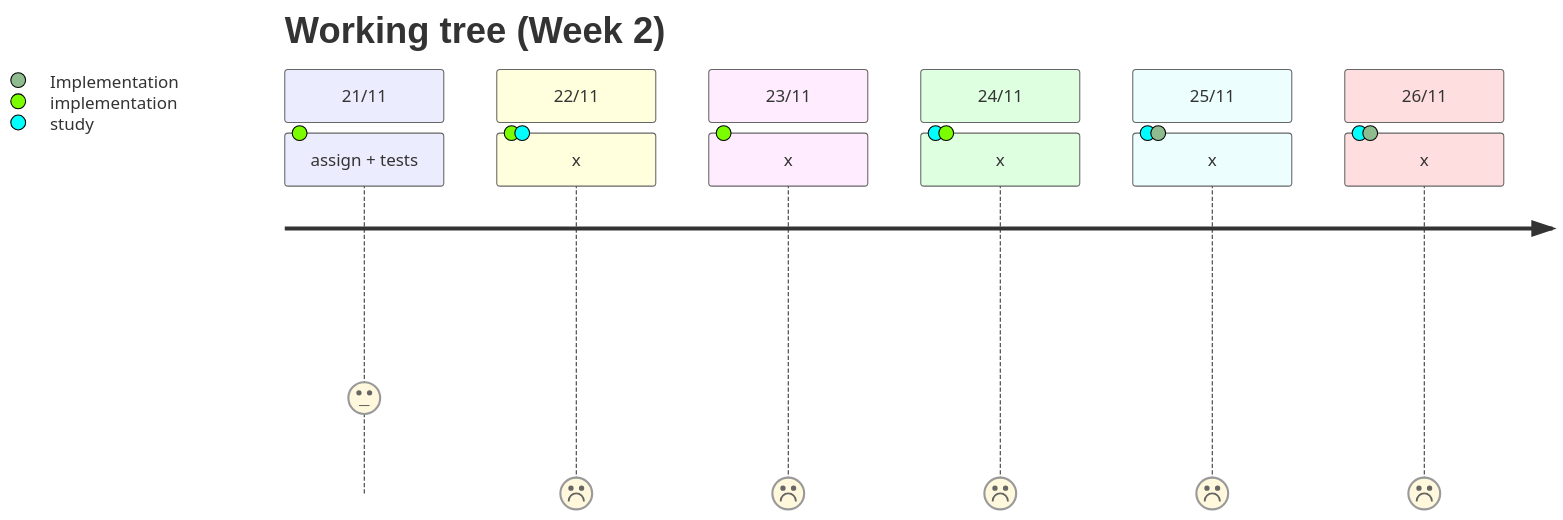
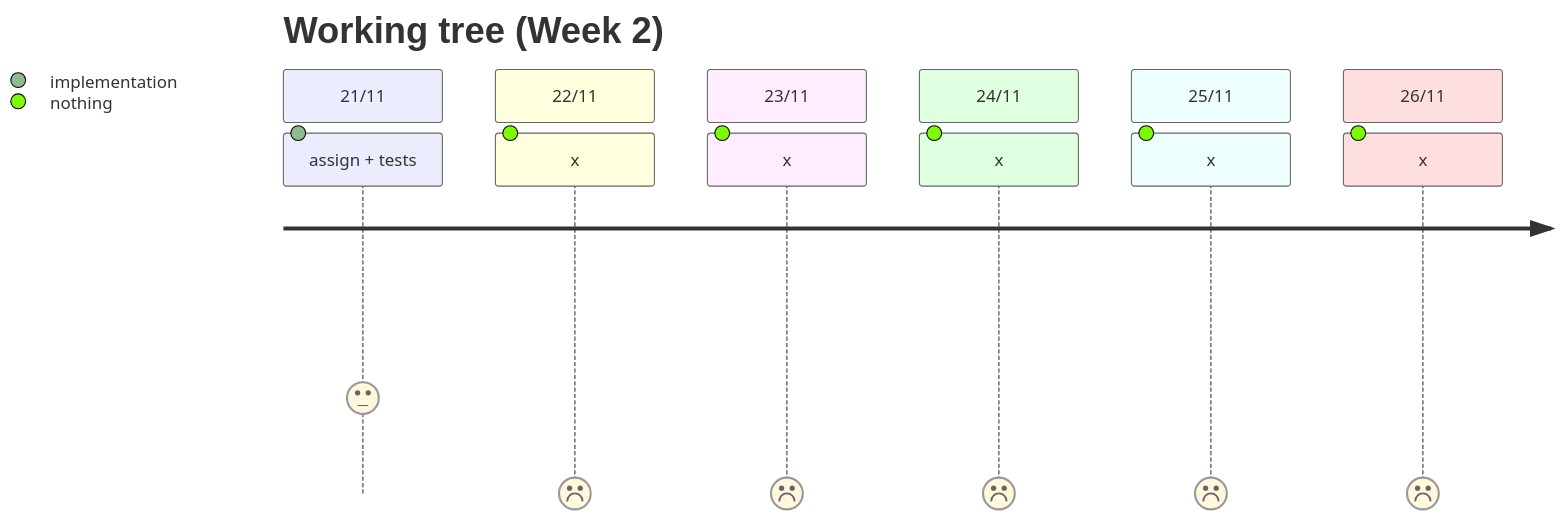
Before and after one commit to sarahmss/Ft_containers: the second of 3 diagrams in README.md, drawn with Mermaid. The commit also changed other lines of this file, not shown here.

````diff
--- a/README.md
+++ b/README.md
@@ -70,16 +70,16 @@
 ```mermaid
 journey
     title Working tree (Week 2)
     section 21/11
       assign + tests: 3: implementation 
     section 22/11
-      x: 0: implementation, study
+      x: 0: nothing
     section 23/11
-      x: 0: implementation
+      x: 0: nothing
     section 24/11
-      x: 0: study, implementation
+      x: 0: nothing
     section 25/11
-      x: 0: study, Implementation
+      x: 0: nothing
     section 26/11
-      x: 0: study, Implementation
+      x: 0: nothing
 ```
````
